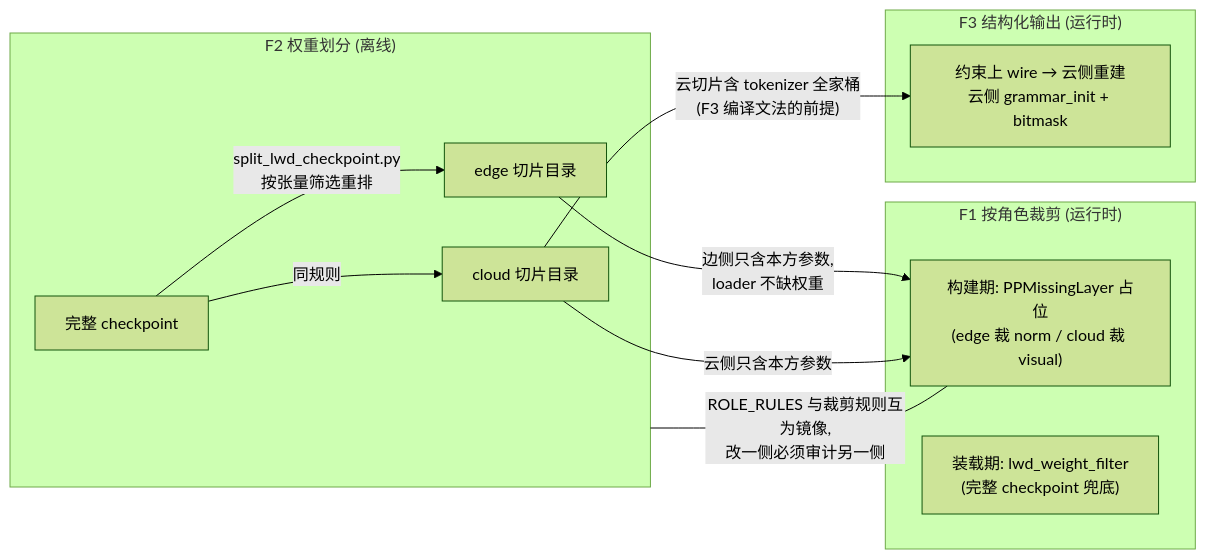
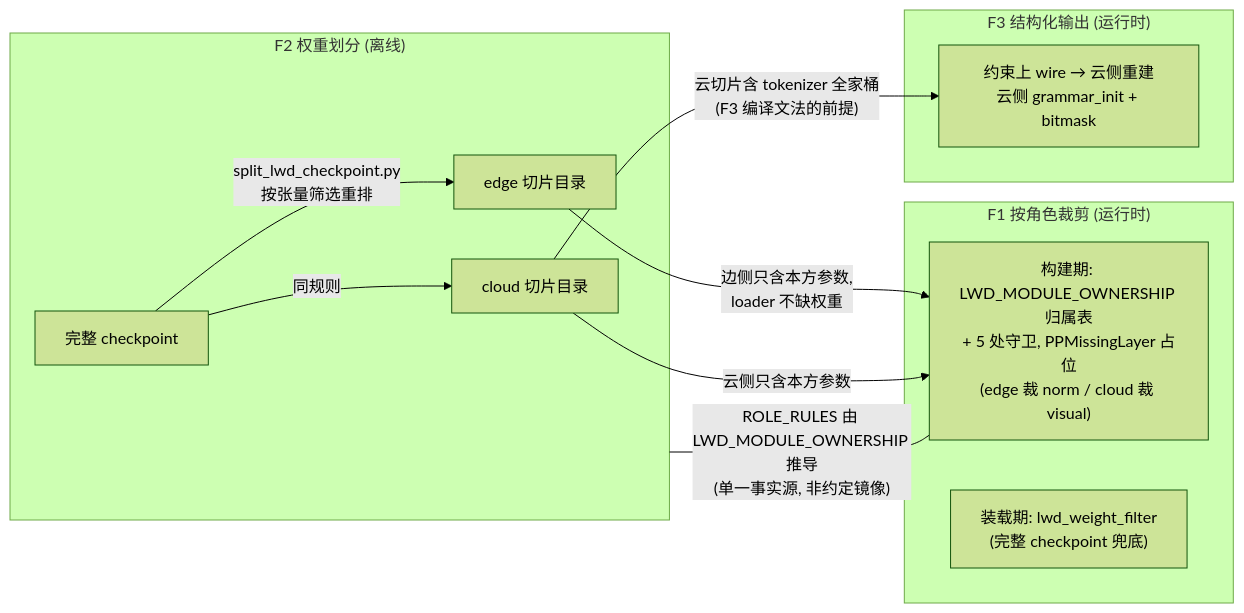
One commit to vllm-data-comm/vllm changed the diagram in docs/design/lwd_migration_overview.md. Above: the diagram before and after it, drawn with Mermaid (forest theme). The commit also changed other lines of this file and 2 other files, not shown here.

````diff
--- a/docs/design/lwd_migration_overview.md
+++ b/docs/design/lwd_migration_overview.md
@@ -50,18 +50,18 @@
 ```mermaid
 flowchart LR
     subgraph F2 ["F2 权重划分 (离线)"]
         A[完整 checkpoint] -->|split_lwd_checkpoint.py\n按张量筛选重排| B[edge 切片目录]
         A -->|同规则| C[cloud 切片目录]
     end
     subgraph F1 ["F1 按角色裁剪 (运行时)"]
-        D["构建期: PPMissingLayer 占位\n(edge 裁 norm / cloud 裁 visual)"]
+        D["构建期: LWD_MODULE_OWNERSHIP 归属表\n+ 5 处守卫, PPMissingLayer 占位\n(edge 裁 norm / cloud 裁 visual)"]
         E["装载期: lwd_weight_filter\n(完整 checkpoint 兜底)"]
     end
     subgraph F3 ["F3 结构化输出 (运行时)"]
         F["约束上 wire → 云侧重建\n云侧 grammar_init + bitmask"]
     end
     B -->|"边侧只含本方参数,\nloader 不缺权重"| D
     C -->|"云侧只含本方参数"| D
-    D ---|"ROLE_RULES 与裁剪规则互为镜像,\n改一侧必须审计另一侧"| F2
+    D ---|"ROLE_RULES 由 LWD_MODULE_OWNERSHIP 推导\n(单一事实源, 非约定镜像)"| F2
     C -->|"云切片含 tokenizer 全家桶\n(F3 编译文法的前提)"| F
 ```
````
